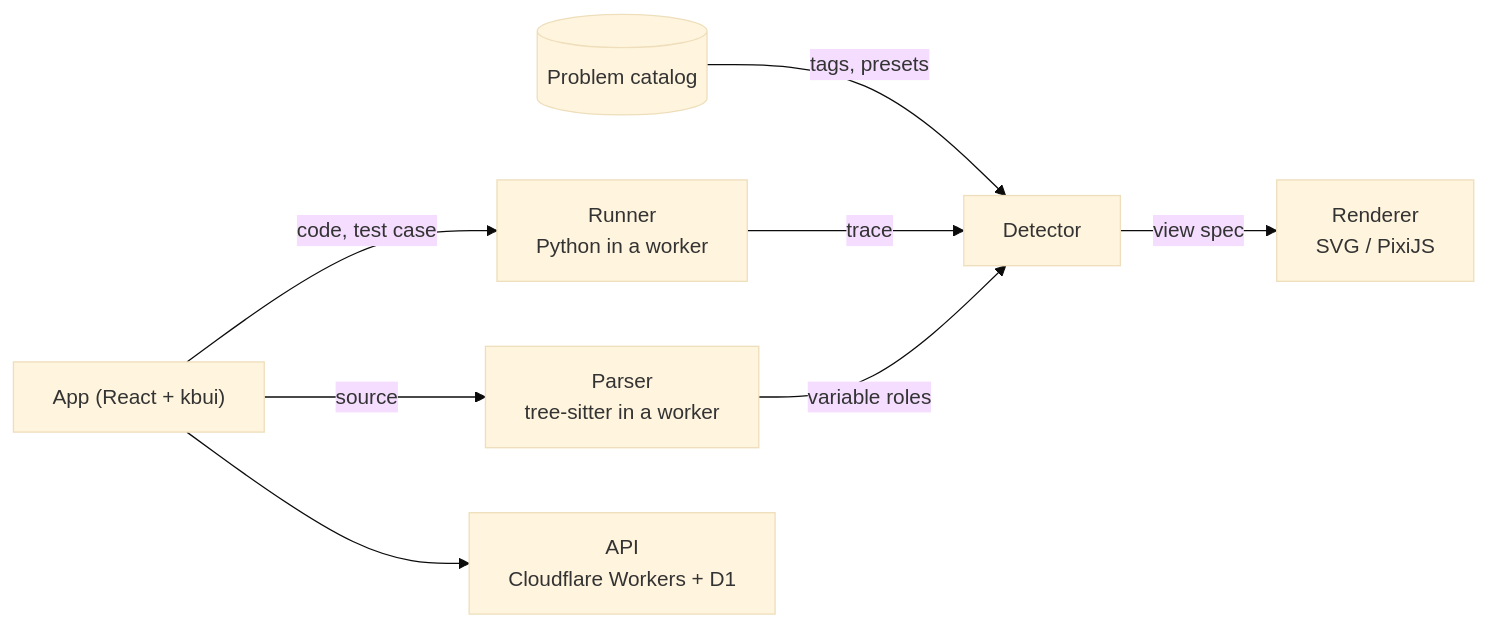
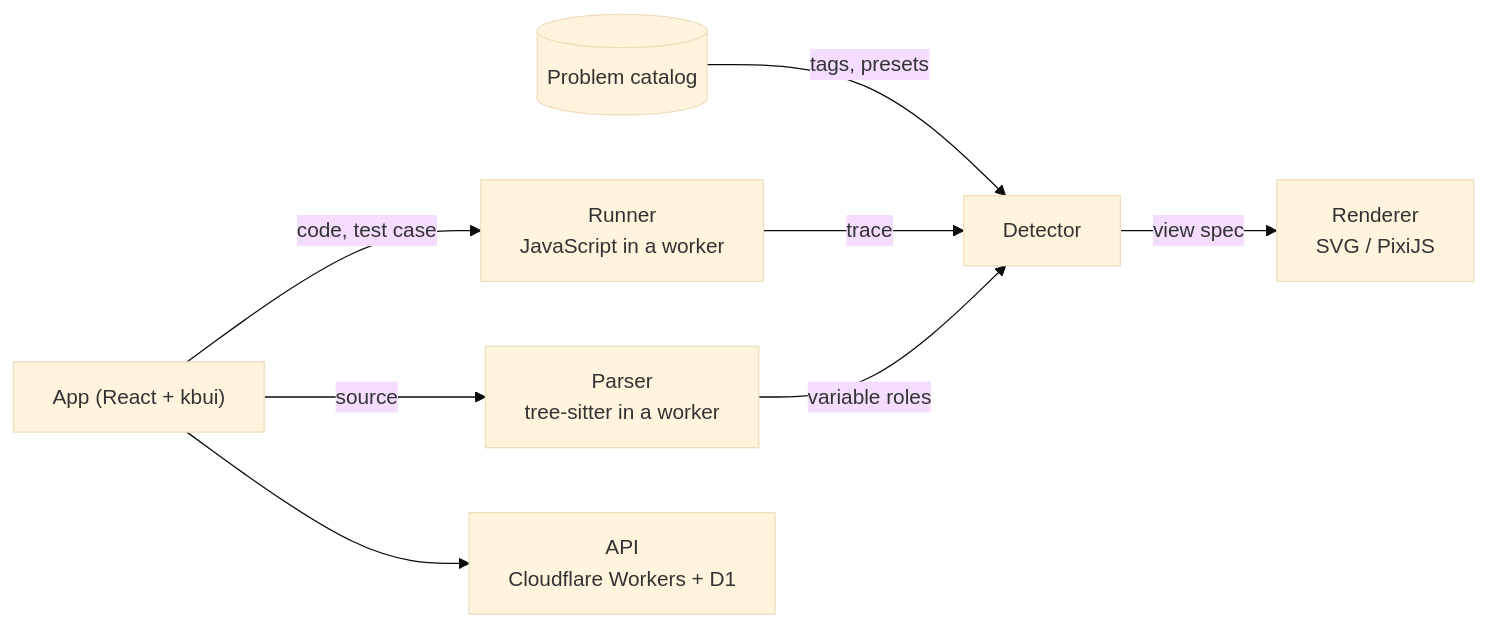
The diagram in docs/technical.md (KhallilB/stepwise), drawn with Mermaid (base theme) before and after one commit. The commit also changed other lines of this file and 9 other files, not shown here.

First line of the commit message:
docs: switch the first release to JavaScript

````diff
--- a/docs/technical.md
+++ b/docs/technical.md
@@ -7,10 +7,10 @@
 ```mermaid
 flowchart LR
-  UI["App (React + kbui)"] -->|code, test case| RUN["Runner<br/>Python in a worker"]
+  UI["App (React + kbui)"] -->|code, test case| RUN["Runner<br/>JavaScript in a worker"]
   UI -->|source| PARSE["Parser<br/>tree-sitter in a worker"]
   CAT[("Problem catalog")] -->|tags, presets| DET
   RUN -->|trace| DET["Detector"]
   PARSE -->|variable roles| DET
   DET -->|view spec| DRAW["Renderer<br/>SVG / PixiJS"]
   UI --> API["API<br/>Cloudflare Workers + D1"]
 ```
````
